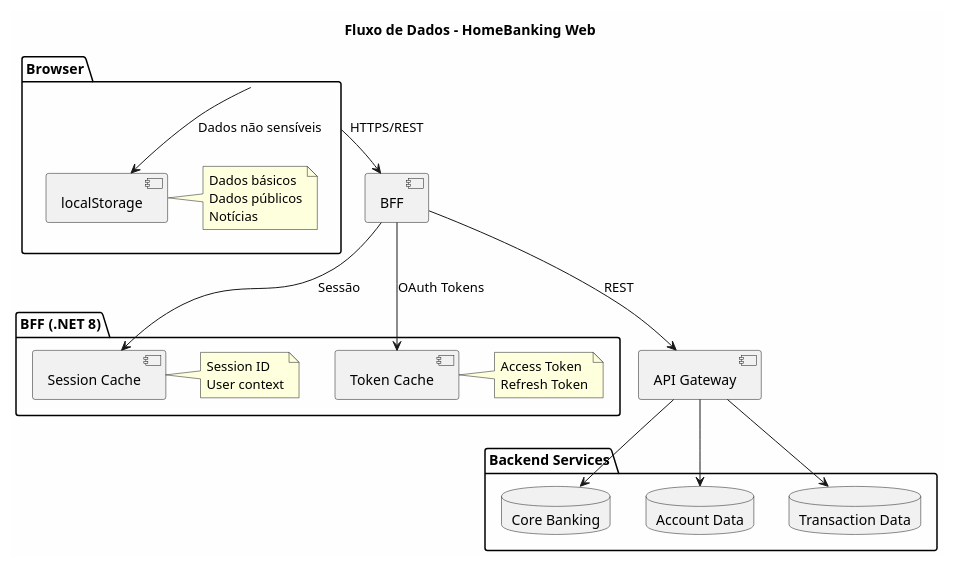
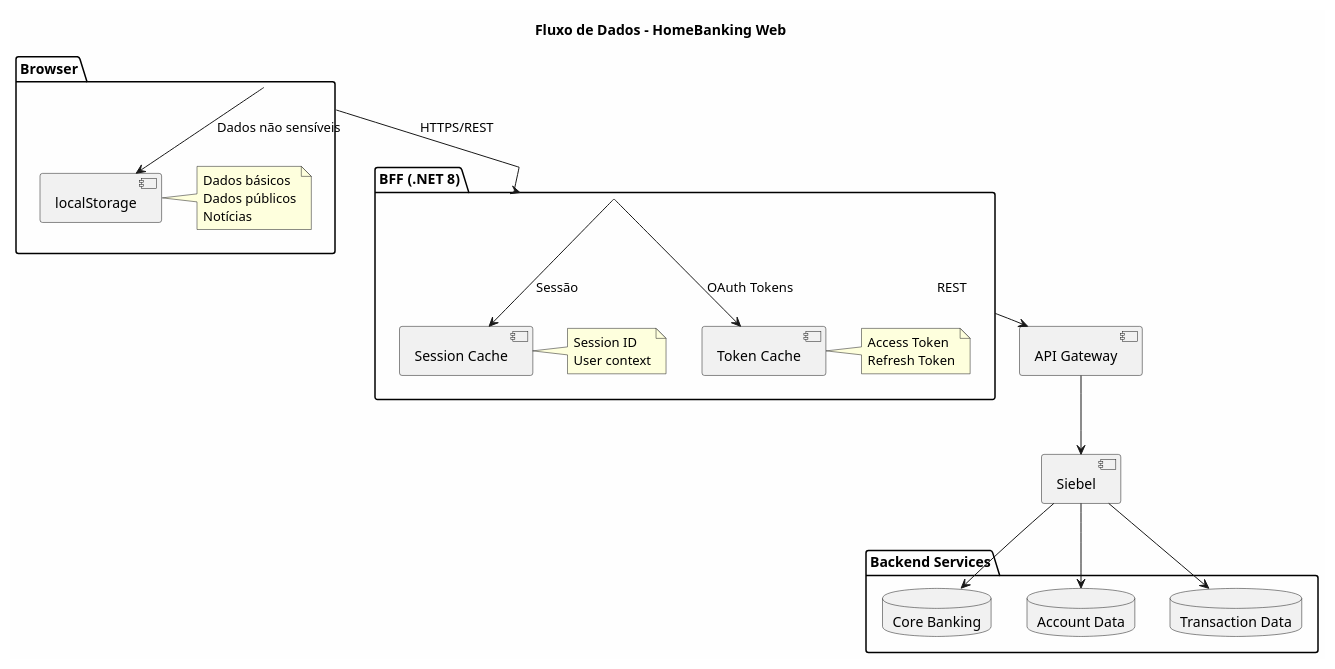
One commit to beduardo/novobanco_website_doc changed the first of 3 diagrams in current/sections/SEC-06-arquitetura-dados.md. Above: the diagram before and after it, drawn with PlantUML. The commit also changed 5 other files, not shown here.

Commit message:
Ajustes diagramas autenticação

````diff
--- a/current/sections/SEC-06-arquitetura-dados.md
+++ b/current/sections/SEC-06-arquitetura-dados.md
@@ -37,35 +37,38 @@
 ```plantuml
 @startuml
 skinparam backgroundColor #FEFEFE
 
 title Fluxo de Dados - HomeBanking Web
 
 package "Browser" {
     [localStorage] as LS
     note right of LS : Dados básicos\nDados públicos\nNotícias
 }
 
-package "BFF (.NET 8)" {
+package "BFF (.NET 8)" as BFF {
     [Session Cache] as SC
     [Token Cache] as TC
     note right of SC : Session ID\nUser context
     note right of TC : Access Token\nRefresh Token
 }
+
+Component "Siebel" as Siebel
 
 package "Backend Services" {
     database "Core Banking" as CB
     database "Account Data" as AD
     database "Transaction Data" as TD
 }
 
 [Browser] --> LS : Dados não sensíveis
 [Browser] --> [BFF] : HTTPS/REST
 [BFF] --> SC : Sessão
 [BFF] --> TC : OAuth Tokens
 [BFF] --> [API Gateway] : REST
-[API Gateway] --> CB
-[API Gateway] --> AD
-[API Gateway] --> TD
+[API Gateway] --> [Siebel]
+[Siebel] --> CB
+[Siebel] --> AD
+[Siebel] --> TD
 
 @enduml
 ```
````
